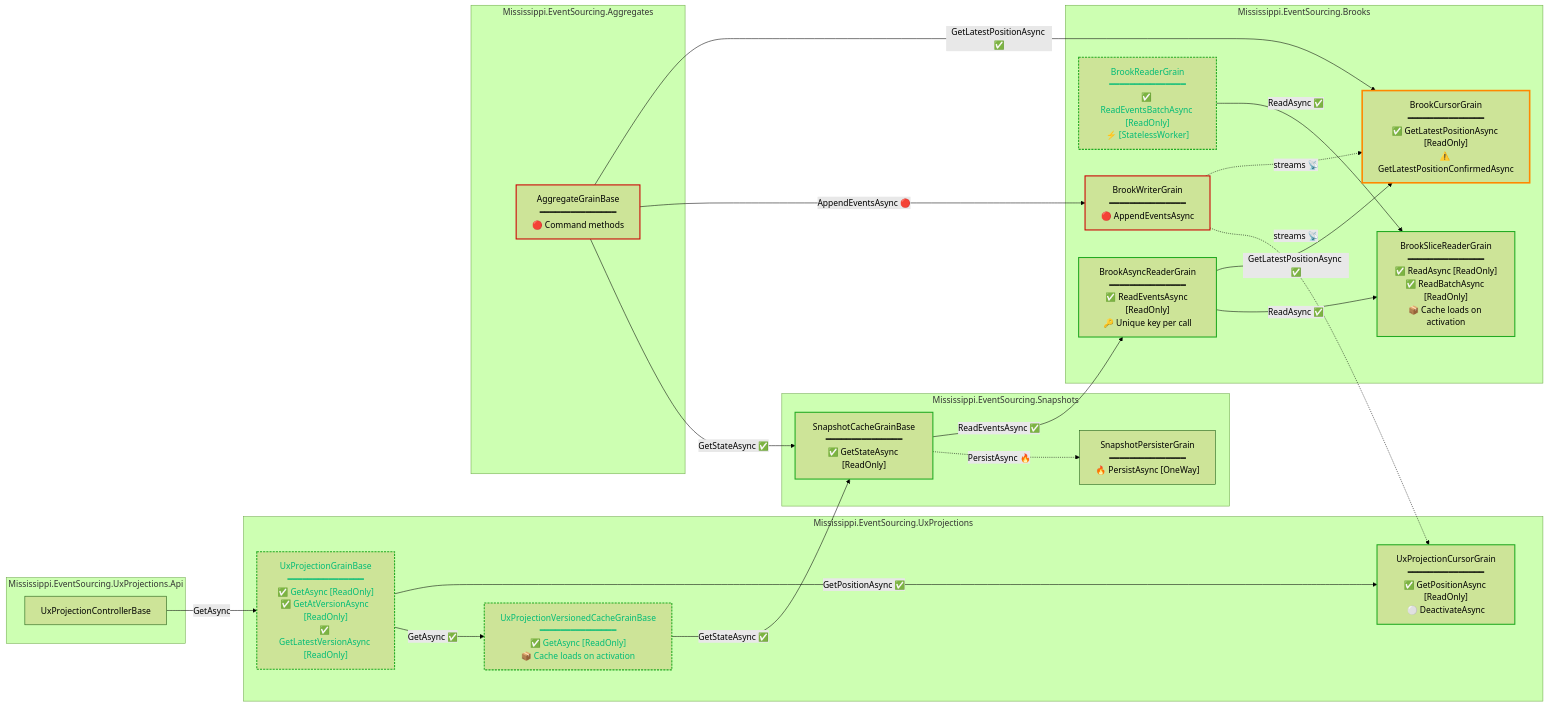
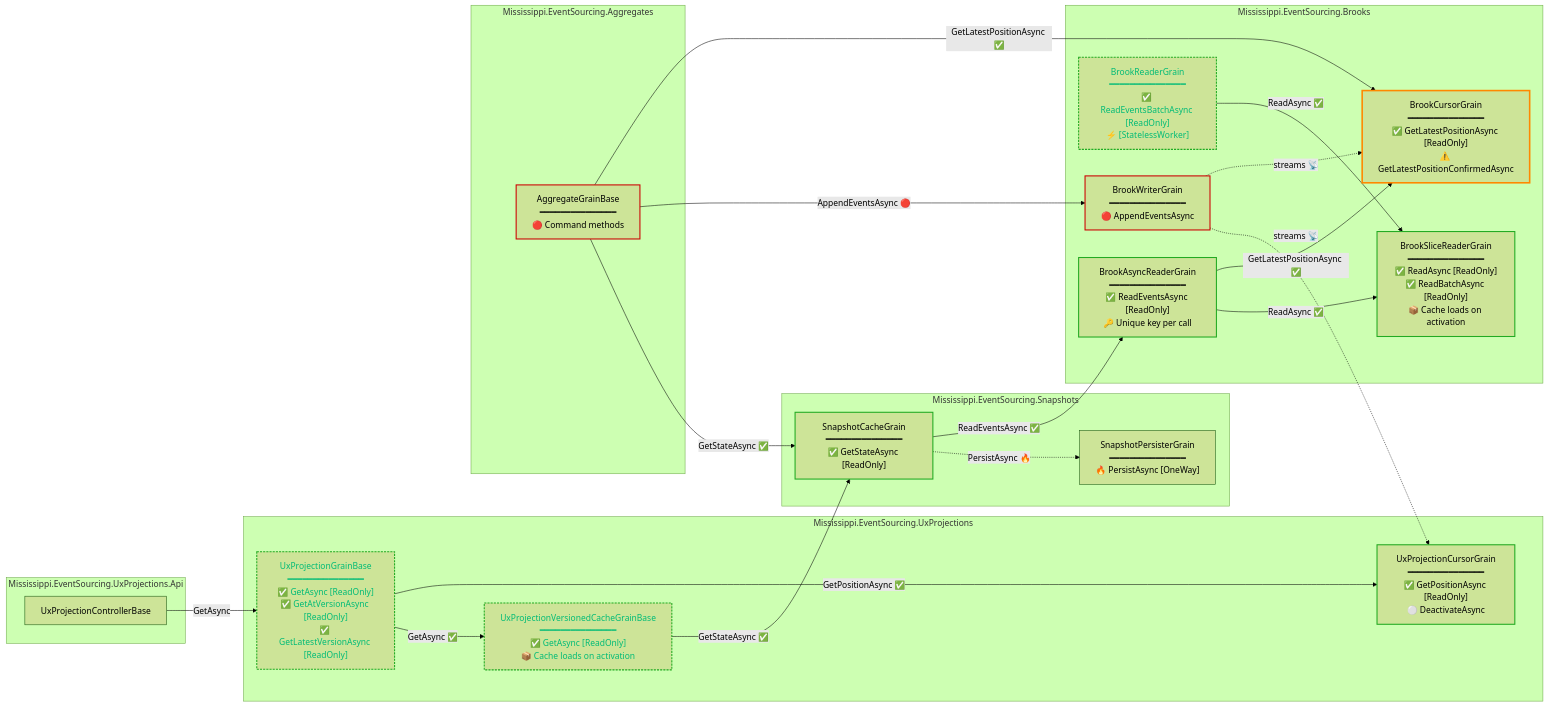
Before and after one commit to Gibbs-Morris/mississippi: the diagram in docs/grain-read-write-paths.md, drawn with Mermaid (forest theme). The commit also changed 226 other files, not shown here.

````diff
--- a/docs/grain-read-write-paths.md
+++ b/docs/grain-read-write-paths.md
@@ -35,69 +35,69 @@
 ```mermaid
 flowchart LR
   subgraph API["Mississippi.EventSourcing.UxProjections.Api"]
     UxApi["UxProjectionControllerBase"]
   end
 
   subgraph UX["Mississippi.EventSourcing.UxProjections"]
     UxProjection["UxProjectionGrainBase<br/>━━━━━━━━━━━━━━━<br/>✅ GetAsync [ReadOnly]<br/>✅ GetAtVersionAsync [ReadOnly]<br/>✅ GetLatestVersionAsync [ReadOnly]"]
     UxCursor["UxProjectionCursorGrain<br/>━━━━━━━━━━━━━━━<br/>✅ GetPositionAsync [ReadOnly]<br/>⚪ DeactivateAsync"]
     UxCache["UxProjectionVersionedCacheGrainBase<br/>━━━━━━━━━━━━━━━<br/>✅ GetAsync [ReadOnly]<br/>📦 Cache loads on activation"]
   end
 
   subgraph Snapshots["Mississippi.EventSourcing.Snapshots"]
-    SnapshotCache["SnapshotCacheGrainBase<br/>━━━━━━━━━━━━━━━<br/>✅ GetStateAsync [ReadOnly]"]
+    SnapshotCache["SnapshotCacheGrain<br/>━━━━━━━━━━━━━━━<br/>✅ GetStateAsync [ReadOnly]"]
     SnapshotPersister["SnapshotPersisterGrain<br/>━━━━━━━━━━━━━━━<br/>🔥 PersistAsync [OneWay]"]
   end
 
   subgraph Brooks["Mississippi.EventSourcing.Brooks"]
     BrookWriter["BrookWriterGrain<br/>━━━━━━━━━━━━━━━<br/>🔴 AppendEventsAsync"]
     BrookCursor["BrookCursorGrain<br/>━━━━━━━━━━━━━━━<br/>✅ GetLatestPositionAsync [ReadOnly]<br/>⚠️ GetLatestPositionConfirmedAsync"]
     BrookReader["BrookReaderGrain<br/>━━━━━━━━━━━━━━━<br/>✅ ReadEventsBatchAsync [ReadOnly]<br/>⚡ [StatelessWorker]"]
     BrookAsyncReader["BrookAsyncReaderGrain<br/>━━━━━━━━━━━━━━━<br/>✅ ReadEventsAsync [ReadOnly]<br/>🔑 Unique key per call"]
     BrookSlice["BrookSliceReaderGrain<br/>━━━━━━━━━━━━━━━<br/>✅ ReadAsync [ReadOnly]<br/>✅ ReadBatchAsync [ReadOnly]<br/>📦 Cache loads on activation"]
   end
 
   subgraph Aggregates["Mississippi.EventSourcing.Aggregates"]
     Aggregate["AggregateGrainBase<br/>━━━━━━━━━━━━━━━<br/>🔴 Command methods"]
   end
 
   %% API to UX
   UxApi -->|"GetAsync"| UxProjection
 
   %% UX internal reads
   UxProjection -->|"GetPositionAsync ✅"| UxCursor
   UxProjection -->|"GetAsync ✅"| UxCache
   UxCache -->|"GetStateAsync ✅"| SnapshotCache
 
   %% Snapshot to Brook reads
   SnapshotCache -->|"ReadEventsAsync ✅"| BrookAsyncReader
   SnapshotCache -.->|"PersistAsync 🔥"| SnapshotPersister
 
   %% Brook reader chain (batch path via StatelessWorker)
   BrookReader -->|"ReadAsync ✅"| BrookSlice
 
   %% Brook async reader chain (streaming path via unique keys)
   BrookAsyncReader -->|"GetLatestPositionAsync ✅"| BrookCursor
   BrookAsyncReader -->|"ReadAsync ✅"| BrookSlice
 
   %% Write path
   Aggregate -->|"GetLatestPositionAsync ✅"| BrookCursor
   Aggregate -->|"AppendEventsAsync 🔴"| BrookWriter
   Aggregate -->|"GetStateAsync ✅"| SnapshotCache
 
   %% Stream notifications
   BrookWriter -.->|"streams 📡"| BrookCursor
   BrookWriter -.->|"streams 📡"| UxCursor
 
   %% Styling
   class UxProjection,UxCache stateless
   class BrookReader stateless
   class UxProjection,UxCache,UxCursor,SnapshotCache,BrookReader,BrookAsyncReader,BrookSlice readonly
   class BrookCursor bottleneck
   class BrookWriter,Aggregate write
 
   classDef stateless stroke-dasharray: 4 2, stroke:#0b7, color:#0b7;
   classDef readonly stroke:#2a2, stroke-width:2px;
   classDef bottleneck stroke:#f80, stroke-width:3px;
   classDef write stroke:#c00, stroke-width:2px;
 ```
````
